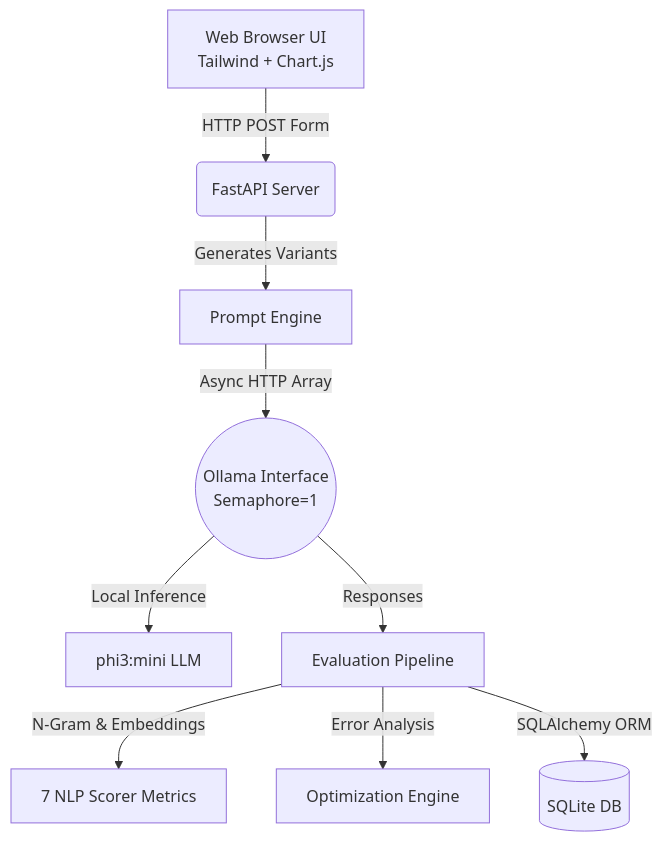
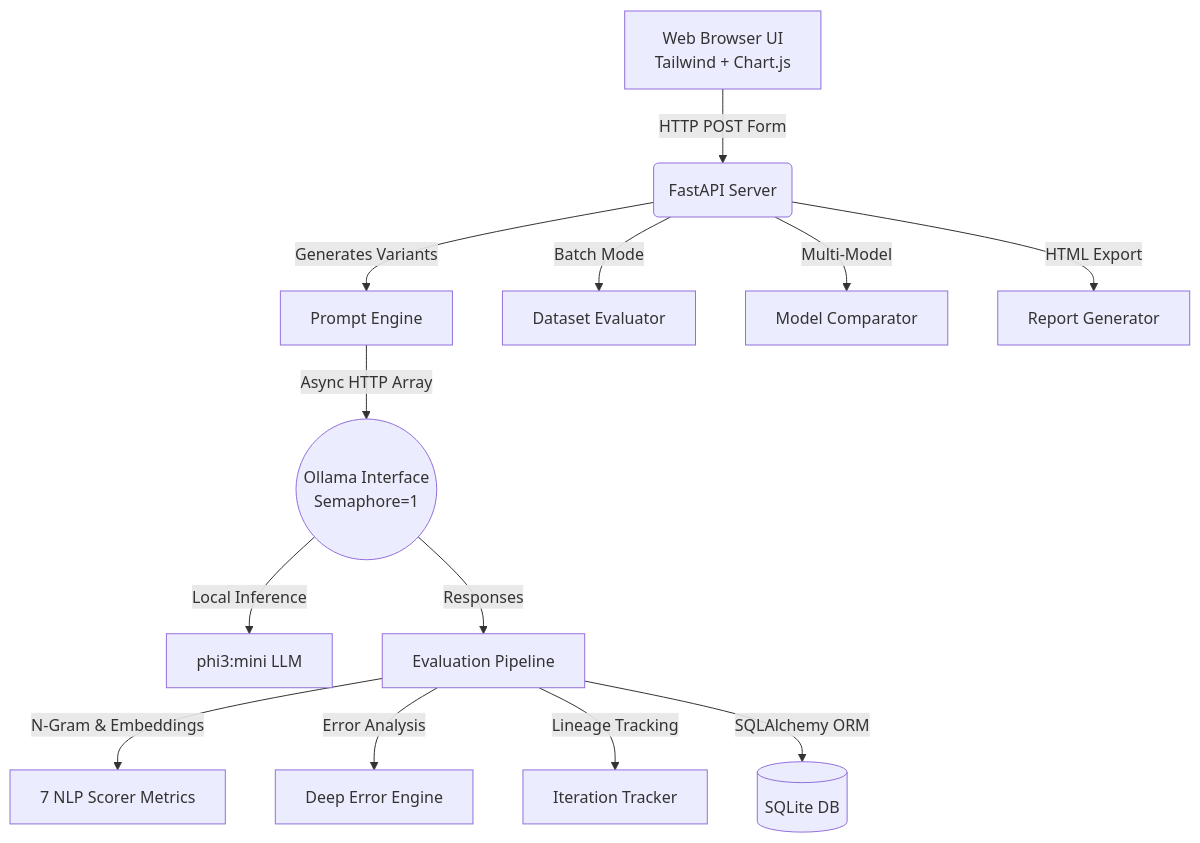
One commit to RAGHUME/llm-eval-system changed the diagram in README.md. Above: the diagram before and after it, drawn with Mermaid. The commit also changed other lines of this file and 3 other files, not shown here.

````diff
--- a/README.md
+++ b/README.md
@@ -30,11 +50,15 @@
 ```mermaid
 graph TD
     A[Web Browser UI<br>Tailwind + Chart.js] -->|HTTP POST Form| B(FastAPI Server)
     B -->|Generates Variants| C[Prompt Engine]
     C -->|Async HTTP Array| D((Ollama Interface<br>Semaphore=1))
     D -->|Local Inference| F[phi3:mini LLM]
     D -->|Responses| E[Evaluation Pipeline]
     E -->|N-Gram & Embeddings| G[7 NLP Scorer Metrics]
-    E -->|Error Analysis| H[Optimization Engine]
-    E -->|SQLAlchemy ORM| I[(SQLite DB)]
+    E -->|Error Analysis| H[Deep Error Engine]
+    E -->|Lineage Tracking| I[Iteration Tracker]
+    E -->|SQLAlchemy ORM| J[(SQLite DB)]
+    B -->|Batch Mode| K[Dataset Evaluator]
+    B -->|Multi-Model| L[Model Comparator]
+    B -->|HTML Export| M[Report Generator]
 ```
````
